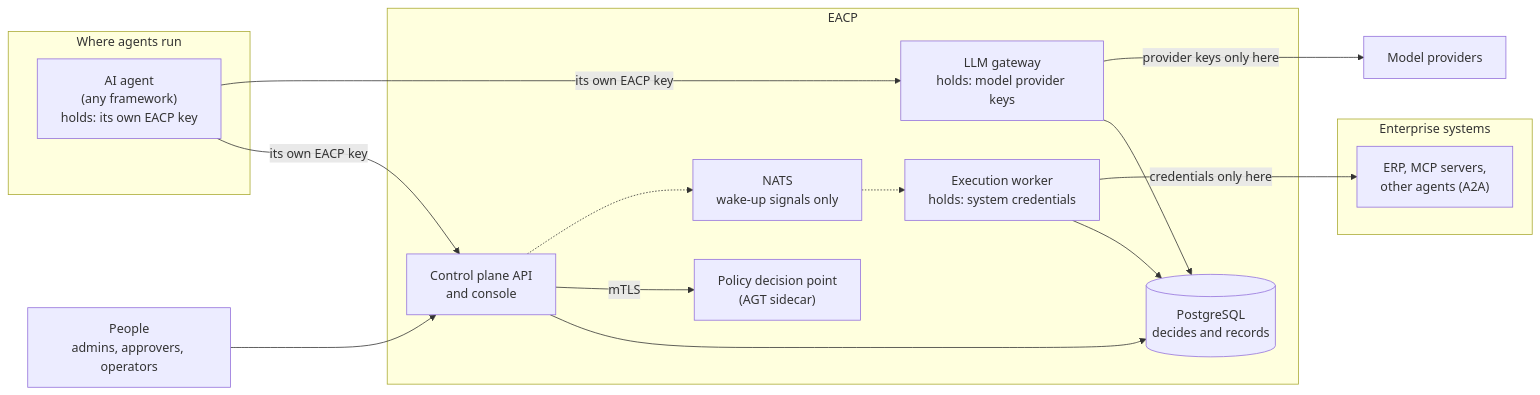
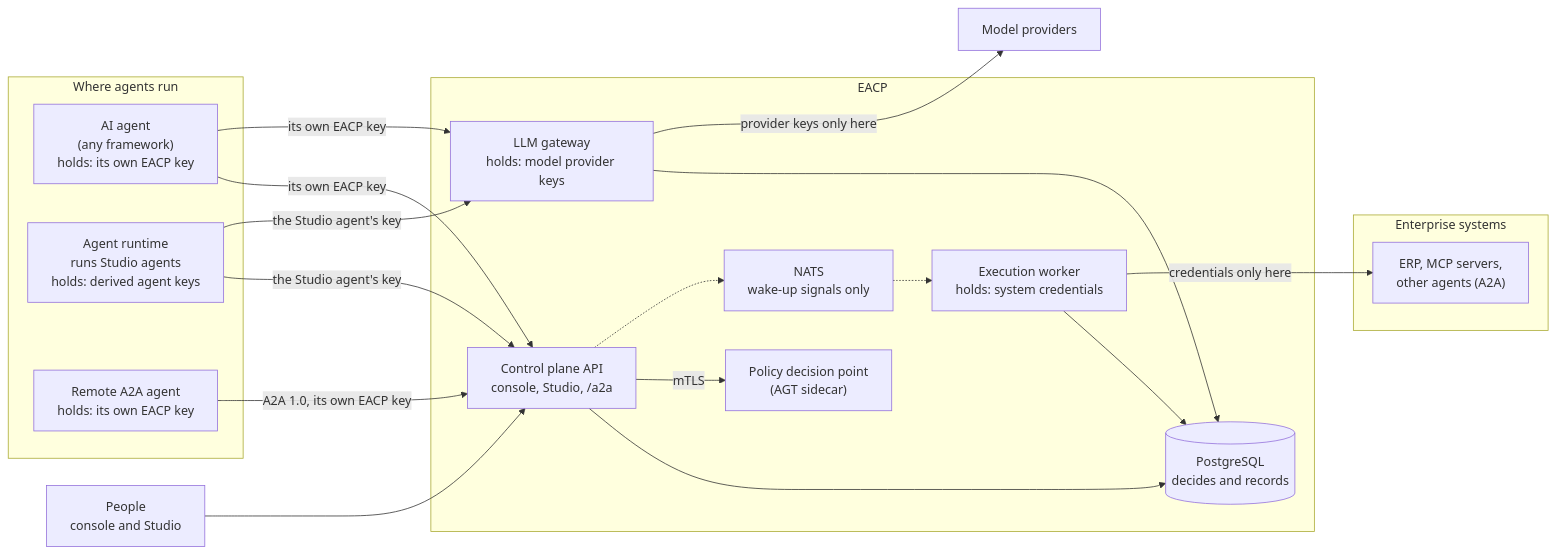
One commit to atipongsena/eacp changed the second of 7 diagrams in README.md. Above: the diagram before and after it, drawn with Mermaid. The commit also changed other lines of this file and 14 other files, not shown here.

````diff
--- a/README.md
+++ b/README.md
@@ -75,30 +84,35 @@
 ```mermaid
 flowchart LR
   subgraph agents["Where agents run"]
     agent["AI agent<br/>(any framework)<br/>holds: its own EACP key"]
+    runtime["Agent runtime<br/>runs Studio agents<br/>holds: derived agent keys"]
+    remote["Remote A2A agent<br/>holds: its own EACP key"]
   end
-  people["People<br/>admins, approvers, operators"]
+  people["People<br/>console and Studio"]
   subgraph eacp["EACP"]
-    api["Control plane API<br/>and console"]
+    api["Control plane API<br/>console, Studio, /a2a"]
     gateway["LLM gateway<br/>holds: model provider keys"]
     pdp["Policy decision point<br/>(AGT sidecar)"]
     pg[("PostgreSQL<br/>decides and records")]
     worker["Execution worker<br/>holds: system credentials"]
     nats["NATS<br/>wake-up signals only"]
   end
   subgraph systems["Enterprise systems"]
     erp["ERP, MCP servers,<br/>other agents (A2A)"]
   end
   llm["Model providers"]
   agent -->|"its own EACP key"| api
   agent -->|"its own EACP key"| gateway
+  runtime -->|"the Studio agent's key"| api
+  runtime -->|"the Studio agent's key"| gateway
+  remote -->|"A2A 1.0, its own EACP key"| api
   people --> api
   api --> pg
   api -->|"mTLS"| pdp
   gateway --> pg
   worker --> pg
   api -.-> nats
   nats -.-> worker
   worker --->|"credentials only here"| erp
   gateway --->|"provider keys only here"| llm
 ```
````
